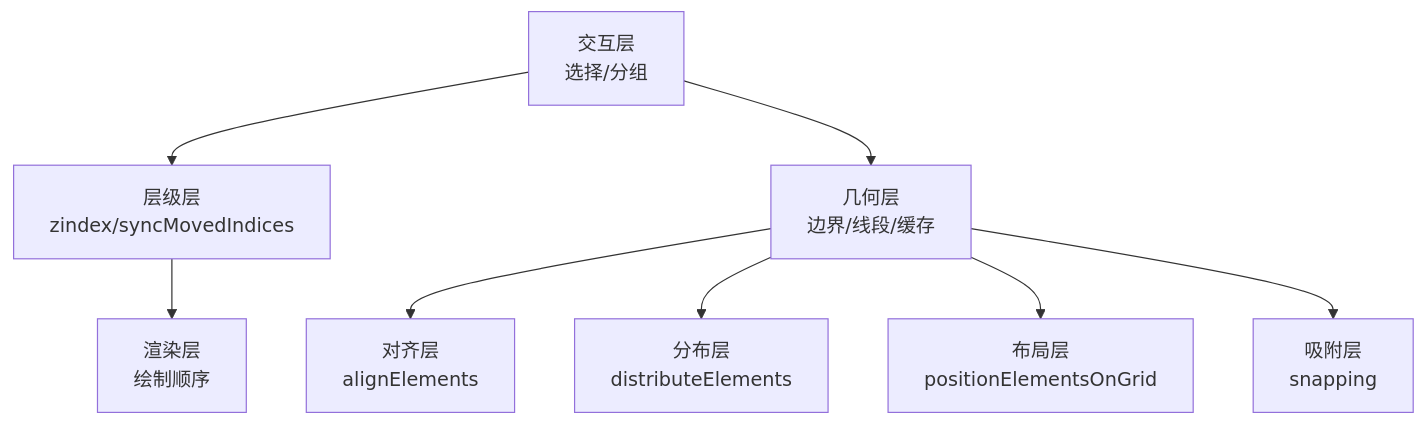
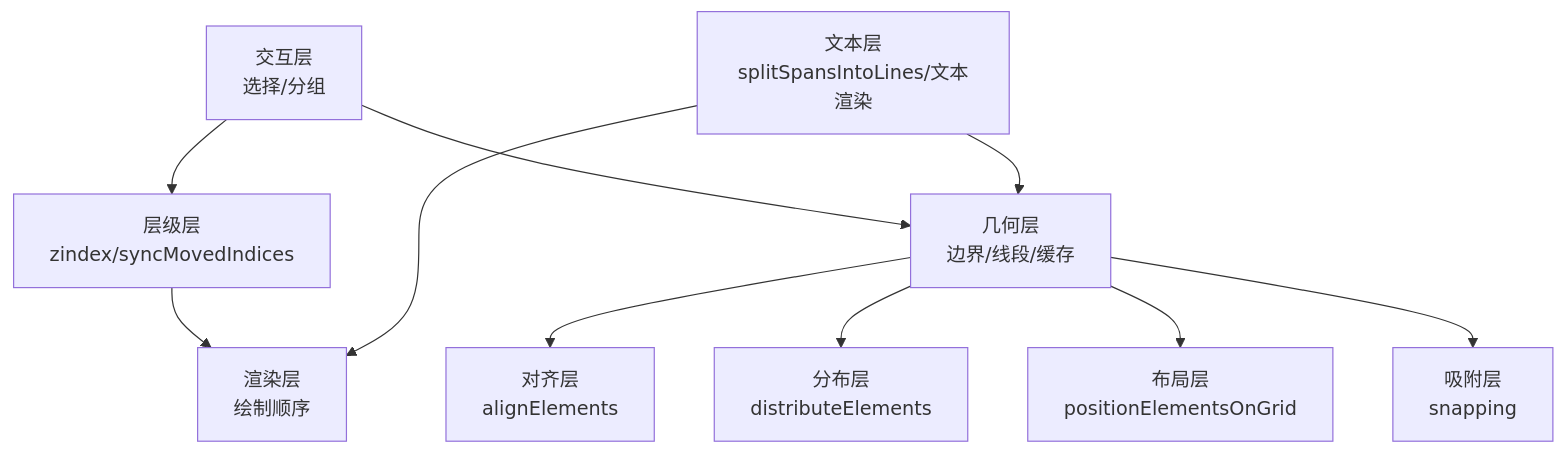
The second of 15 diagrams in .qoder/repowiki/zh/content/元素系统/元素工具函数.md (Az-qianchen/Excalidraw), drawn with Mermaid before and after one commit. The commit also changed other lines of this file and 14 other files, not shown here.

````diff
--- a/.qoder/repowiki/zh/content/元素系统/元素工具函数.md
+++ b/.qoder/repowiki/zh/content/元素系统/元素工具函数.md
@@ -147,10 +171,12 @@
 ```mermaid
 graph TB
 GEOM["几何层<br/>边界/线段/缓存"] --> ALIGN["对齐层<br/>alignElements"]
 GEOM --> DIST["分布层<br/>distributeElements"]
 GEOM --> GRID["布局层<br/>positionElementsOnGrid"]
 GEOM --> SNAP["吸附层<br/>snapping"]
 ZORDER["层级层<br/>zindex/syncMovedIndices"] --> RENDER["渲染层<br/>绘制顺序"]
 INTERACT["交互层<br/>选择/分组"] --> ZORDER
 INTERACT --> GEOM
+TEXT["文本层<br/>splitSpansIntoLines/文本渲染"] --> RENDER
+TEXT --> GEOM
 ```
````
